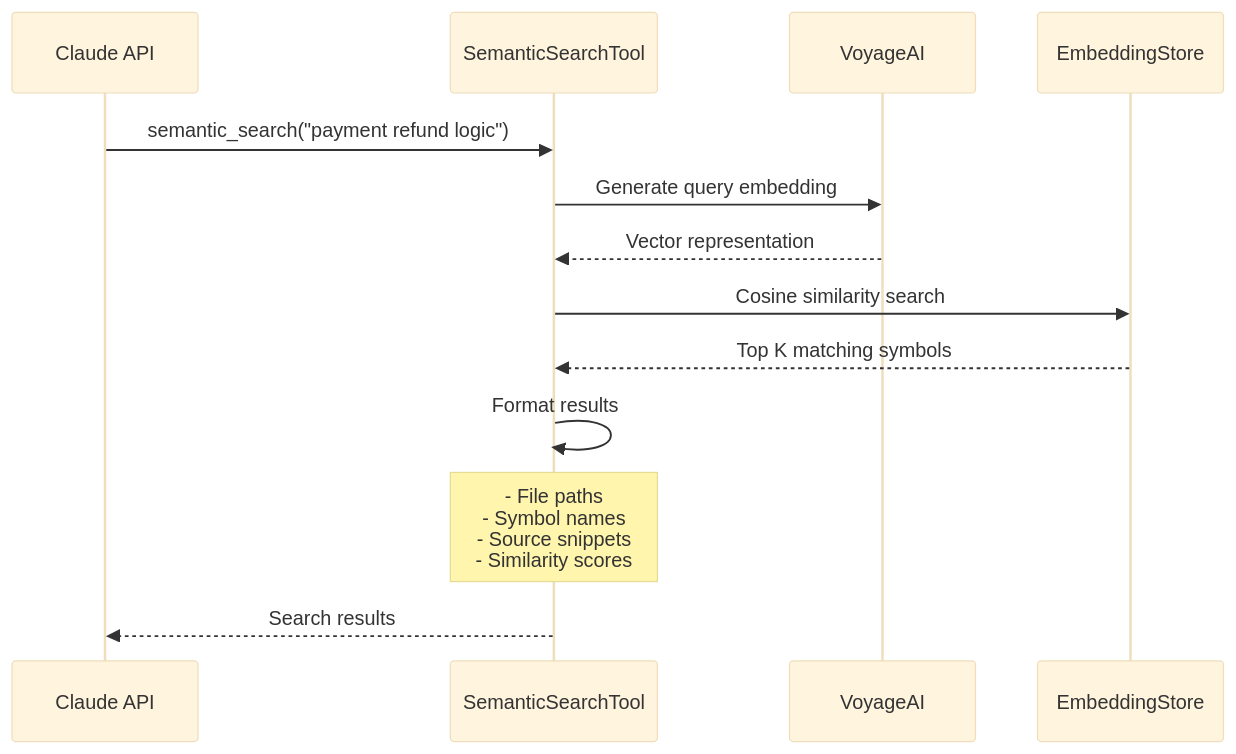
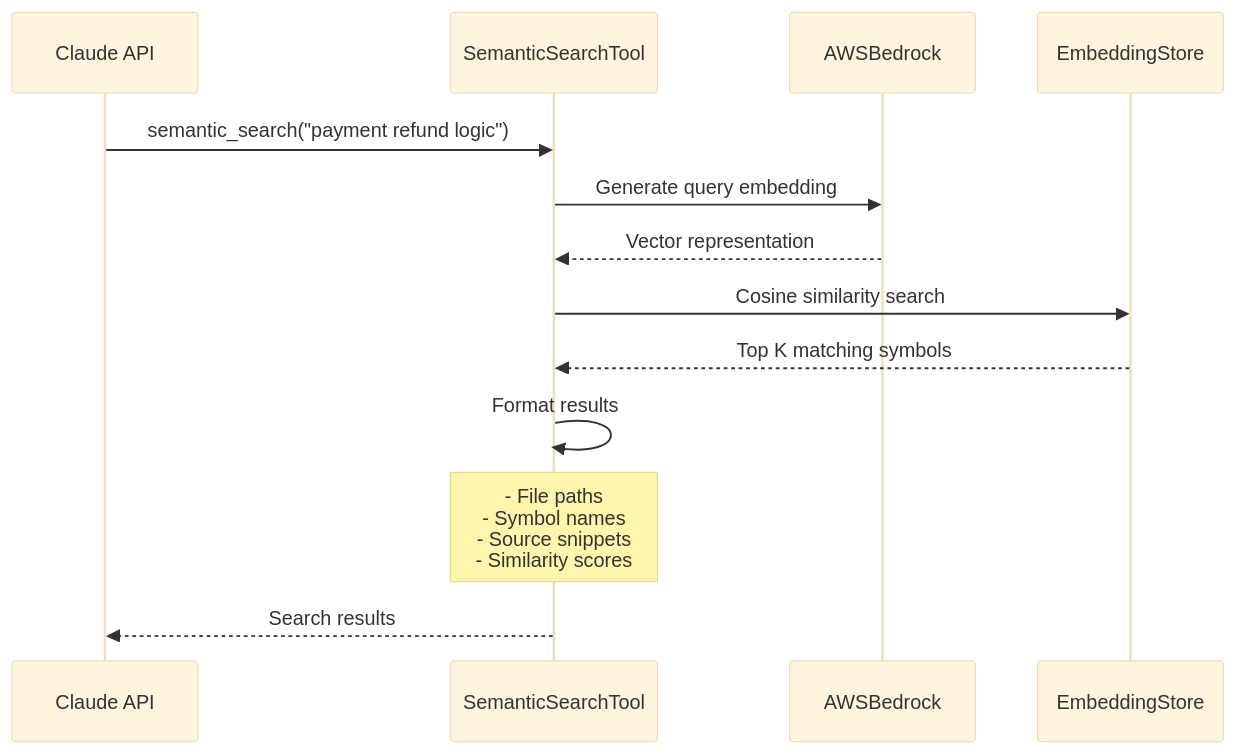
The eighth of 12 diagrams in docs/flows.md (Ai-Whisperers/code-agent), drawn with Mermaid (base theme) before and after one commit. The commit also changed 14 other files, not shown here.

````diff
--- a/docs/flows.md
+++ b/docs/flows.md
@@ -374,19 +374,19 @@
 ```mermaid
 sequenceDiagram
     participant Claude as Claude API
     participant Tool as SemanticSearchTool
-    participant Embedding as VoyageAI
+    participant Embedding as AWSBedrock
     participant Store as EmbeddingStore
 
     Claude->>Tool: semantic_search("payment refund logic")
     Tool->>Embedding: Generate query embedding
     Embedding-->>Tool: Vector representation
     
     Tool->>Store: Cosine similarity search
     Store-->>Tool: Top K matching symbols
     
     Tool->>Tool: Format results
     Note over Tool: - File paths<br/>- Symbol names<br/>- Source snippets<br/>- Similarity scores
     
     Tool-->>Claude: Search results
 ```
````
